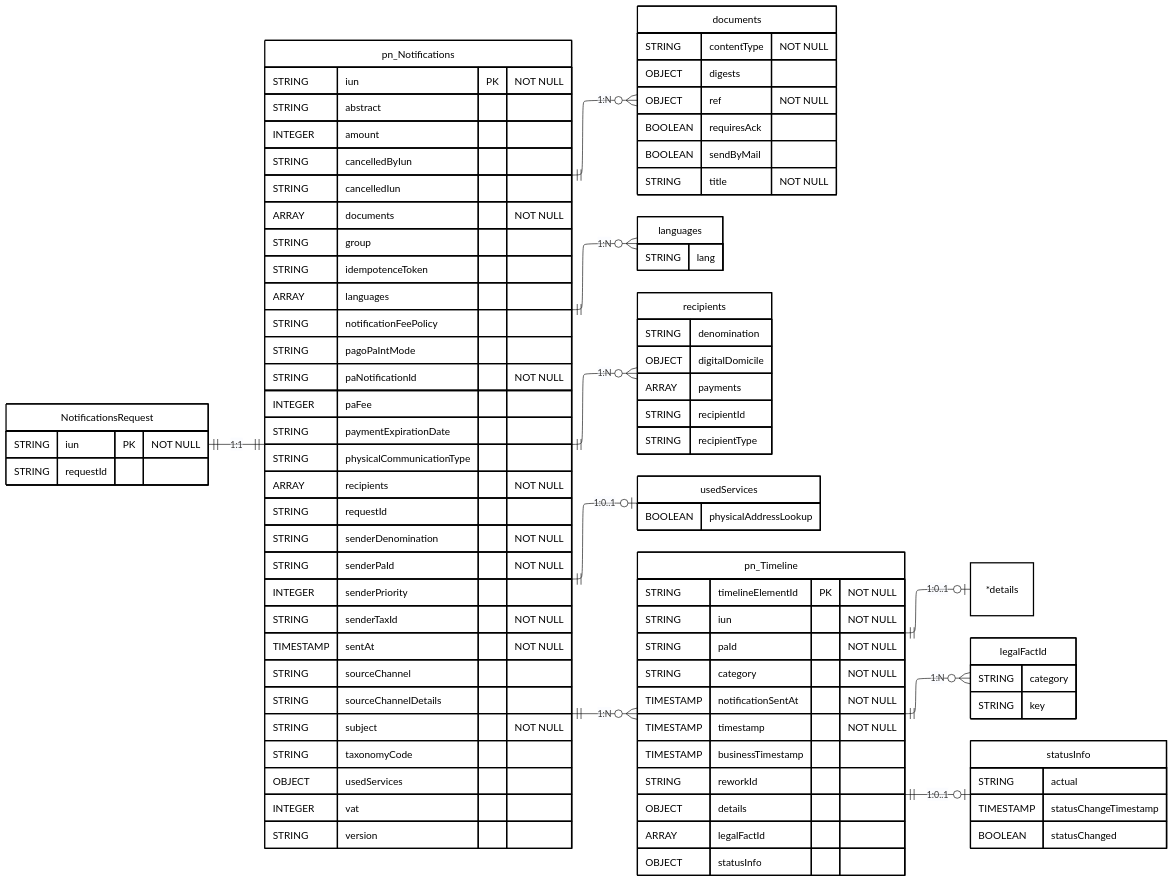
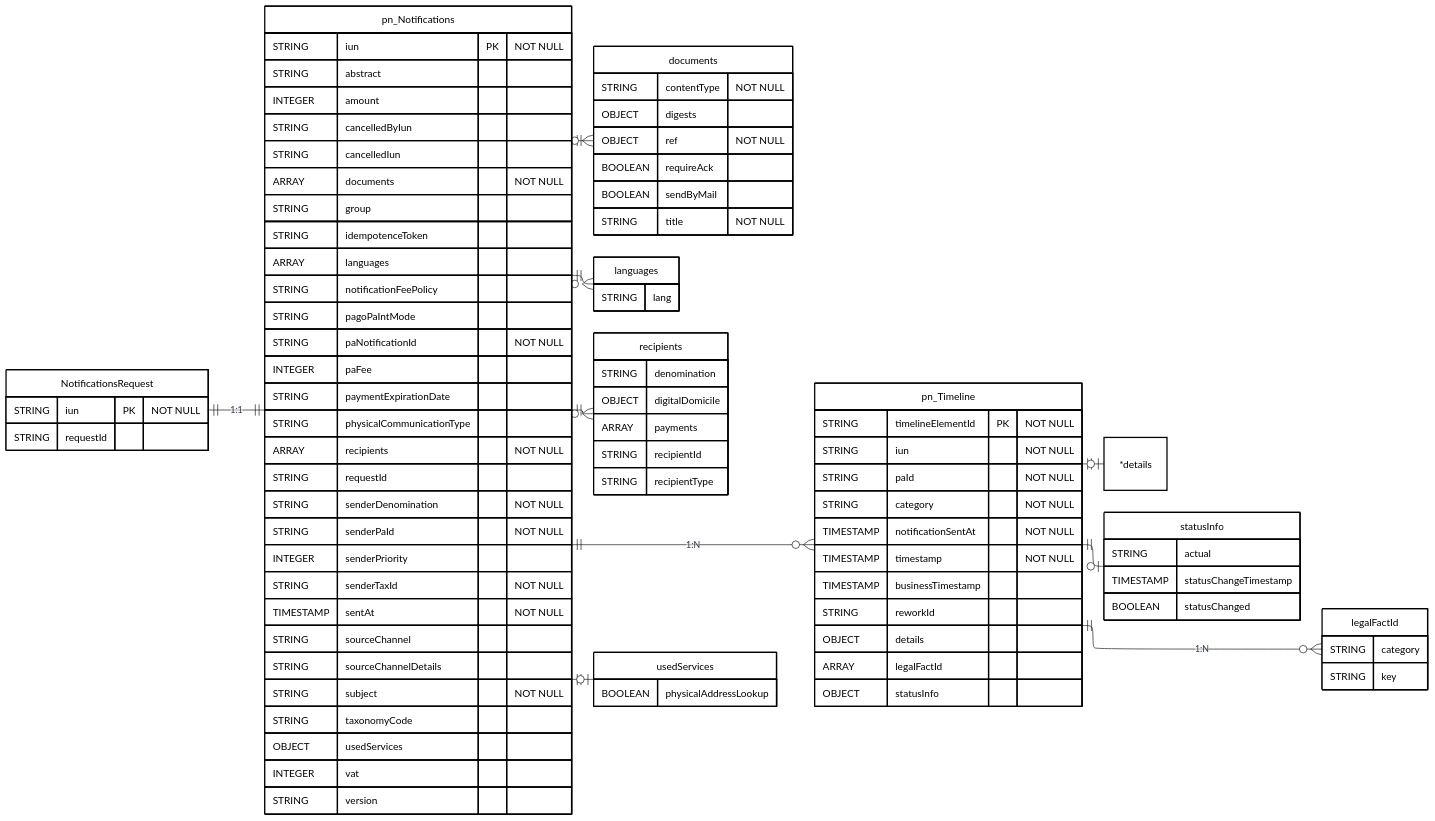
One commit to pagopa/pn-metrics changed the diagram in send_diagrams/data-models/notifiche_e_workflow/notifiche_e_workflow.mmd. Above: the diagram before and after it, drawn with Mermaid. The commit also changed 4 other files, not shown here.

Commit message:
docs: update domicili_e_recapiti_digitali mermaid diagram

```diff
--- a/send_diagrams/data-models/notifiche_e_workflow/notifiche_e_workflow.mmd
+++ b/send_diagrams/data-models/notifiche_e_workflow/notifiche_e_workflow.mmd
@@ -1,146 +1,137 @@
 ---
 config:
   layout: elk
   theme: base
 ---
 
 erDiagram
 
     %% diagram version: 0.0.1
     
     %% sources:
     %% - dc-pn-Notifications.yaml
     %%   id: urn:send:pn:notifications
     %%   version: 0.0.1
     %% - dc-pn-timeline.yaml
     %%   id: urn:send:pn:timelines
     %%   version: 0.0.1
-
-    %% CONVENZIONI
-    %% - Entità principali in grassetto nel titolo
-    %% - Entità principali evidenziate con stroke-width:2px
-    %% - PK marcata con PK
-    %% - Campi obbligatori marcati con "NOT NULL"
-    %% - Solo Object e Array di Object di primo livello modellati come entità separate
-    %% - Array di primitive mantenuti come campo, es. ARRAY[STRING]
-    %% - Nome entità figlia uguale al nome campo
-    %% - Relazioni tra root e figli senza etichetta di cardinalità
-    %% - Relazioni ordinate dalla root verso gli oggetti figli
 
     Direction LR
 
     NotificationsRequest {
         STRING iun PK "NOT NULL"
         STRING requestId
     }
 
     pn_Notifications {
         STRING iun PK "NOT NULL"
         STRING abstract
         INTEGER amount
         STRING cancelledByIun
         STRING cancelledIun
         ARRAY documents "NOT NULL"
         STRING group
         STRING idempotenceToken
         ARRAY languages
         STRING notificationFeePolicy
         STRING pagoPaIntMode
         STRING paNotificationId "NOT NULL"
         INTEGER paFee
         STRING paymentExpirationDate
         STRING physicalCommunicationType
         ARRAY recipients "NOT NULL"
         STRING requestId
         STRING senderDenomination "NOT NULL"
         STRING senderPaId "NOT NULL"
         INTEGER senderPriority
         STRING senderTaxId "NOT NULL"
         TIMESTAMP sentAt "NOT NULL"
         STRING sourceChannel
         STRING sourceChannelDetails
         STRING subject "NOT NULL"
         STRING taxonomyCode
         OBJECT usedServices
         INTEGER vat
         STRING version
     }
 
     documents {
         STRING contentType "NOT NULL"
         OBJECT digests
         OBJECT ref "NOT NULL"
-        BOOLEAN requiresAck
+        BOOLEAN requireAck
         BOOLEAN sendByMail
         STRING title "NOT NULL"
     }
 
     languages {
         STRING lang
     }
 
     recipients {
         STRING denomination
         OBJECT digitalDomicile
         ARRAY payments
         STRING recipientId
         STRING recipientType
     }
 
     usedServices {
         BOOLEAN physicalAddressLookup
     }
 
     pn_Timeline {
         STRING timelineElementId PK "NOT NULL"
         STRING iun "NOT NULL"
         STRING paId "NOT NULL"
         STRING category "NOT NULL"
         TIMESTAMP notificationSentAt "NOT NULL"
         TIMESTAMP timestamp "NOT NULL"
         TIMESTAMP businessTimestamp
         STRING reworkId
         OBJECT details
         ARRAY legalFactId
         OBJECT statusInfo
     }
 
     %% Il campo details non viene espanso nel diagramma poiché la sua struttura è estesa e soggetta a evoluzioni.
     %% Il dettaglio completo dei campi è disponibile nel data contract e nella relativa documentazione.
     *details
 
     legalFactId {
         STRING category
         STRING key
     }
 
     statusInfo {
         STRING actual
         TIMESTAMP statusChangeTimestamp
         BOOLEAN statusChanged
     }
 
     %% RELAZIONI
 
     NotificationsRequest ||--|| pn_Notifications : "1:1"
+    %% Join a livello di notifica: pn_Notifications.iun = pn_Timeline.iun
+    %% Join a livello di destinatario: pn_Notifications.iun = pn_Timeline.iun AND pn_Timeline.recIndex identifica il destinatario della notifica
     pn_Notifications ||--o{ pn_Timeline : "1:N"
-    pn_Notifications ||--o{ documents : "1:N"
-    pn_Notifications ||--o{ languages : "1:N"
-    pn_Notifications ||--o{ recipients : "1:N"
-    pn_Notifications ||--o| usedServices : "1:0..1"
+    pn_Notifications ||--o{ documents : ""
+    pn_Notifications ||--o{ languages : ""
+    pn_Notifications ||--o{ recipients : ""
+    pn_Notifications ||--o| usedServices : ""
     pn_Timeline ||--o{ legalFactId : "1:N"
-    pn_Timeline ||--o| statusInfo : "1:0..1"
-    pn_Timeline ||--o| *details : "1:0..1"
+    pn_Timeline ||--o| statusInfo : ""
+    pn_Timeline ||--o| *details : ""
 
     %% STILE
 
     style NotificationsRequest fill:#FFFFFF,stroke:#000000,stroke-width:2px,color:#000000
     style pn_Notifications fill:#FFFFFF,stroke:#000000,stroke-width:2px,color:#000000
     style pn_Timeline fill:#FFFFFF,stroke:#000000,stroke-width:2px,color:#000000
     style documents fill:#FFFFFF,stroke:#000000,stroke-width:2px,color:#000000
     style languages fill:#FFFFFF,stroke:#000000,stroke-width:2px,color:#000000
     style recipients fill:#FFFFFF,stroke:#000000,stroke-width:2px,color:#000000
     style usedServices fill:#FFFFFF,stroke:#000000,stroke-width:2px,color:#000000
     style legalFactId fill:#FFFFFF,stroke:#000000,stroke-width:2px,color:#000000
     style statusInfo fill:#FFFFFF,stroke:#000000,stroke-width:2px,color:#000000
     style *details fill:#FFFFFF,stroke:#000000,stroke-width:2px,color:#000000
```
